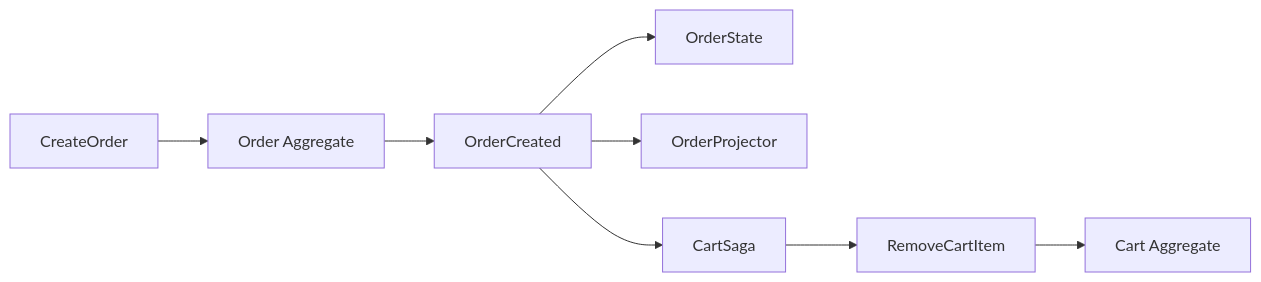
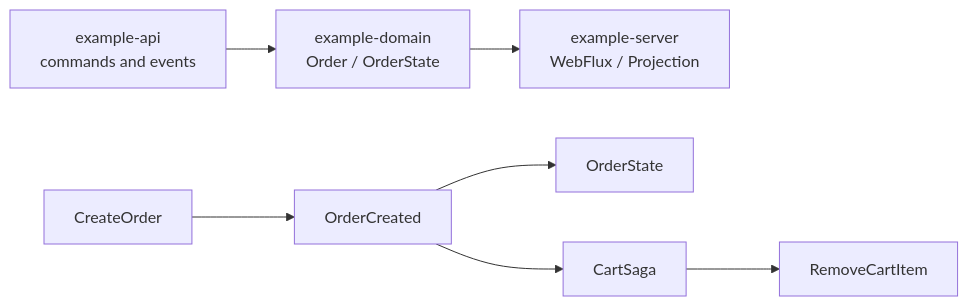
The first of 2 diagrams in documentation/docs/en/reference/example/order.md (Ahoo-Wang/Wow), drawn with Mermaid before and after one commit. The commit also changed other lines of this file and 166 other files, not shown here.

````diff
--- a/documentation/docs/en/reference/example/order.md
+++ b/documentation/docs/en/reference/example/order.md
@@ -13,10 +13,9 @@
 ```mermaid
 flowchart LR
-    Create[CreateOrder] --> Order[Order Aggregate]
-    Order --> Created[OrderCreated]
+    API[example-api<br/>commands and events] --> DOMAIN[example-domain<br/>Order / OrderState]
+    DOMAIN --> SERVER[example-server<br/>WebFlux / Projection]
+    Create[CreateOrder] --> Created[OrderCreated]
     Created --> State[OrderState]
-    Created --> Projector[OrderProjector]
     Created --> CartSaga[CartSaga]
     CartSaga --> Remove[RemoveCartItem]
-    Remove --> Cart[Cart Aggregate]
 ```
````
